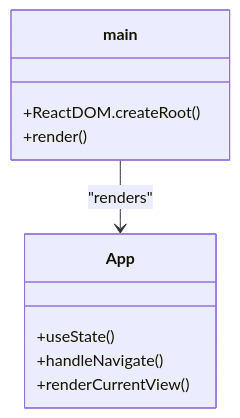
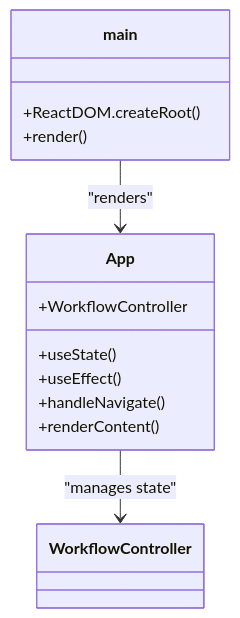
Before and after one commit to Latif080790/APP-STRUKTUR-BLACKBOX: the third of 6 diagrams in .qoder/repowiki/en/content/Core Architecture/Core Architecture.md, drawn with Mermaid. The commit also changed other lines of this file and 26 other files, not shown here.

````diff
--- a/.qoder/repowiki/en/content/Core Architecture/Core Architecture.md
+++ b/.qoder/repowiki/en/content/Core Architecture/Core Architecture.md
@@ -101,13 +113,16 @@
 ```mermaid
 classDiagram
 class main {
 +ReactDOM.createRoot()
 +render()
 }
 class App {
 +useState()
++useEffect()
++WorkflowController
 +handleNavigate()
-+renderCurrentView()
++renderContent()
 }
 main --> App : "renders"
+App --> WorkflowController : "manages state"
 ```
````
